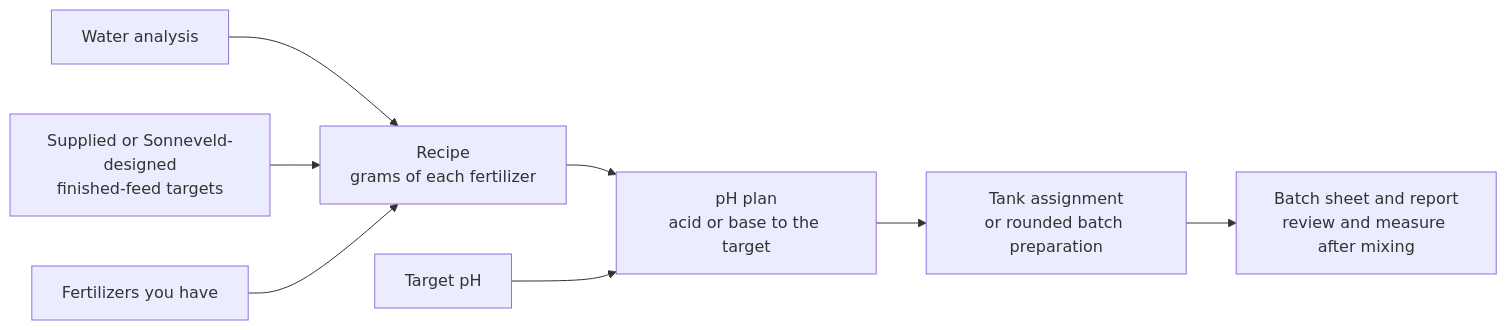
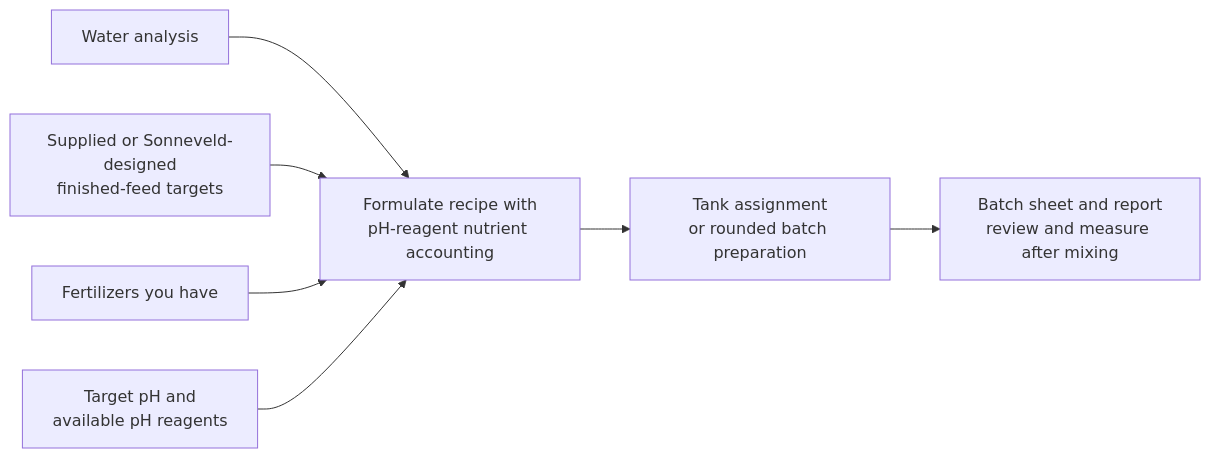
Before and after one commit to rafatahmed/Flahax: the diagram in docs/site/index.md, drawn with Mermaid. The commit also changed other lines of this file and 36 other files, not shown here.

````diff
--- a/docs/site/index.md
+++ b/docs/site/index.md
@@ -29,13 +29,14 @@
 ```{mermaid}
 ---
-caption: From your water to your tanks
+caption: From declared inputs to a reviewed batch
 ---
 flowchart LR
-    W[Water analysis] --> R[Recipe<br/>grams of each fertilizer]
+    accTitle: From declared inputs to a reviewed batch
+    accDescr: Water, feed targets, fertilizers and available pH reagents enter formulation together. Review tank assignments or rounded batch preparation, then the batch sheet, qualifications and required measurements.
+    W[Water analysis] --> R[Formulate recipe with<br/>pH-reagent nutrient accounting]
     F[Supplied or Sonneveld-designed<br/>finished-feed targets] --> R
     P[Fertilizers you have] --> R
-    R --> H[pH plan<br/>acid or base to the target]
-    T[Target pH] --> H
-    H --> K[Tank assignment<br/>or rounded batch preparation]
+    T[Target pH and<br/>available pH reagents] --> R
+    R --> K[Tank assignment<br/>or rounded batch preparation]
     K --> S[Batch sheet and report<br/>review and measure after mixing]
 ```
````
